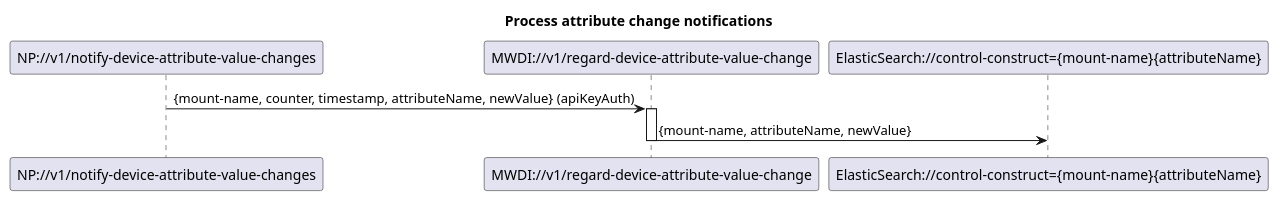
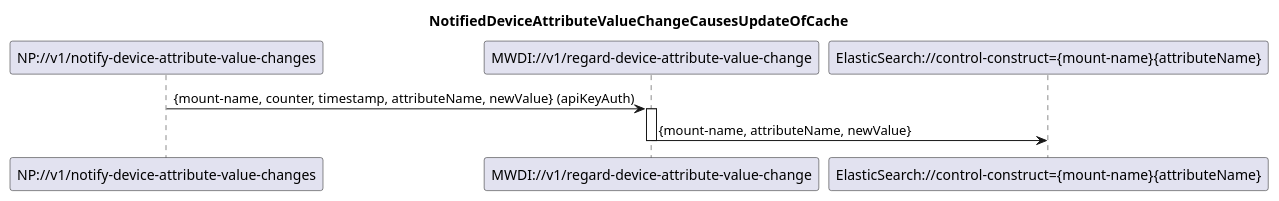
The diagram in spec/diagrams/023_NotificationBasedAttributeUpdate.plantuml (openBackhaul/MicroWaveDeviceInventory), drawn with PlantUML before and after one commit. The commit also changed 9 other files, not shown here.

```diff
--- a/spec/diagrams/023_NotificationBasedAttributeUpdate.plantuml
+++ b/spec/diagrams/023_NotificationBasedAttributeUpdate.plantuml
@@ -1,16 +1,16 @@
 @startuml 023_NotificationBasedAttributeUpdate
 skinparam responseMessageBelowArrow true
 
-title Process attribute change notifications
+title NotifiedDeviceAttributeValueChangeCausesUpdateOfCache
 
 participant "NP://v1/notify-device-attribute-value-changes" as subscription
 participant "MWDI://v1/regard-device-attribute-value-change" as regardAttributeChange
 participant "ElasticSearch://control-construct={mount-name}{attributeName}" as es
 
 subscription -> regardAttributeChange: {mount-name, counter, timestamp, attributeName, newValue} (apiKeyAuth)
 activate regardAttributeChange
 
 regardAttributeChange -> es: {mount-name, attributeName, newValue}
 deactivate regardAttributeChange
 
 @enduml
```
